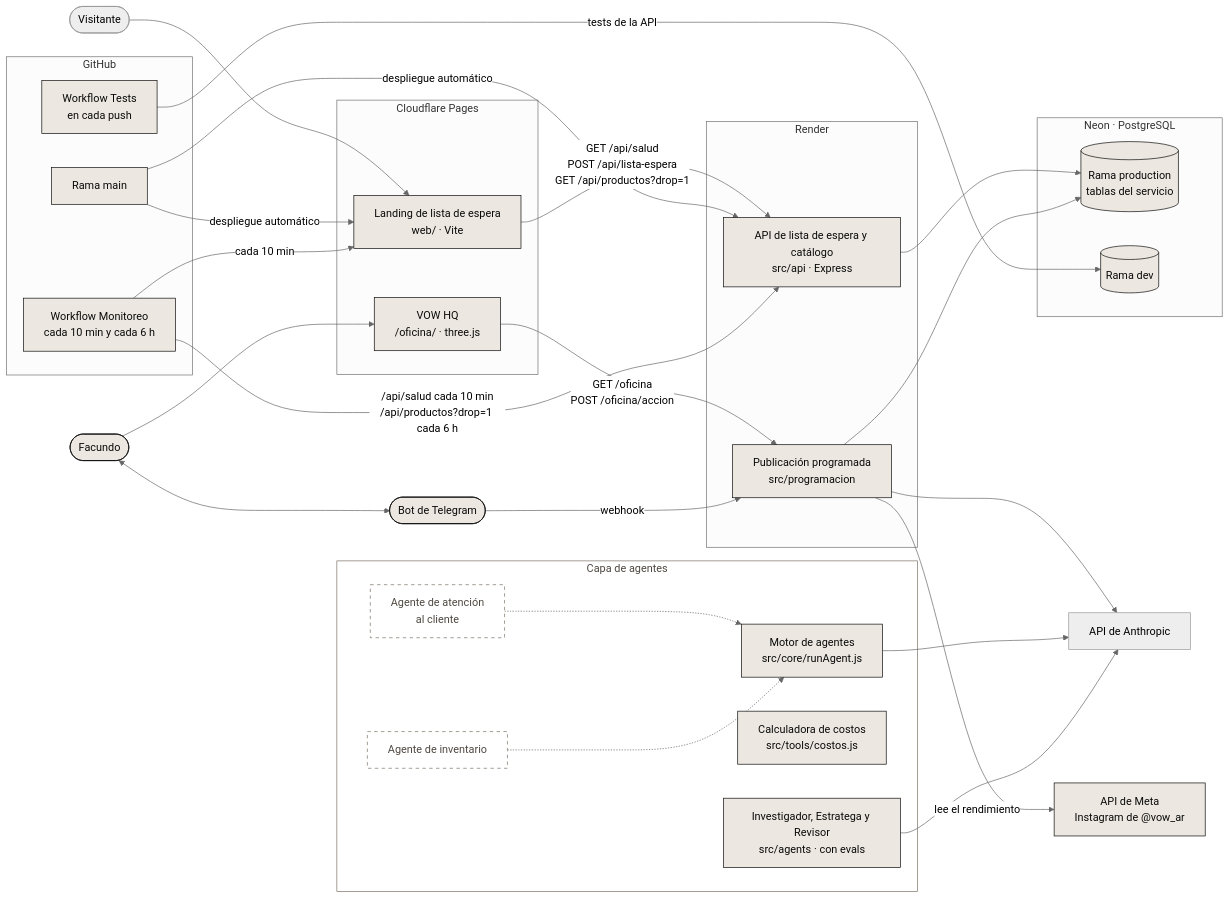
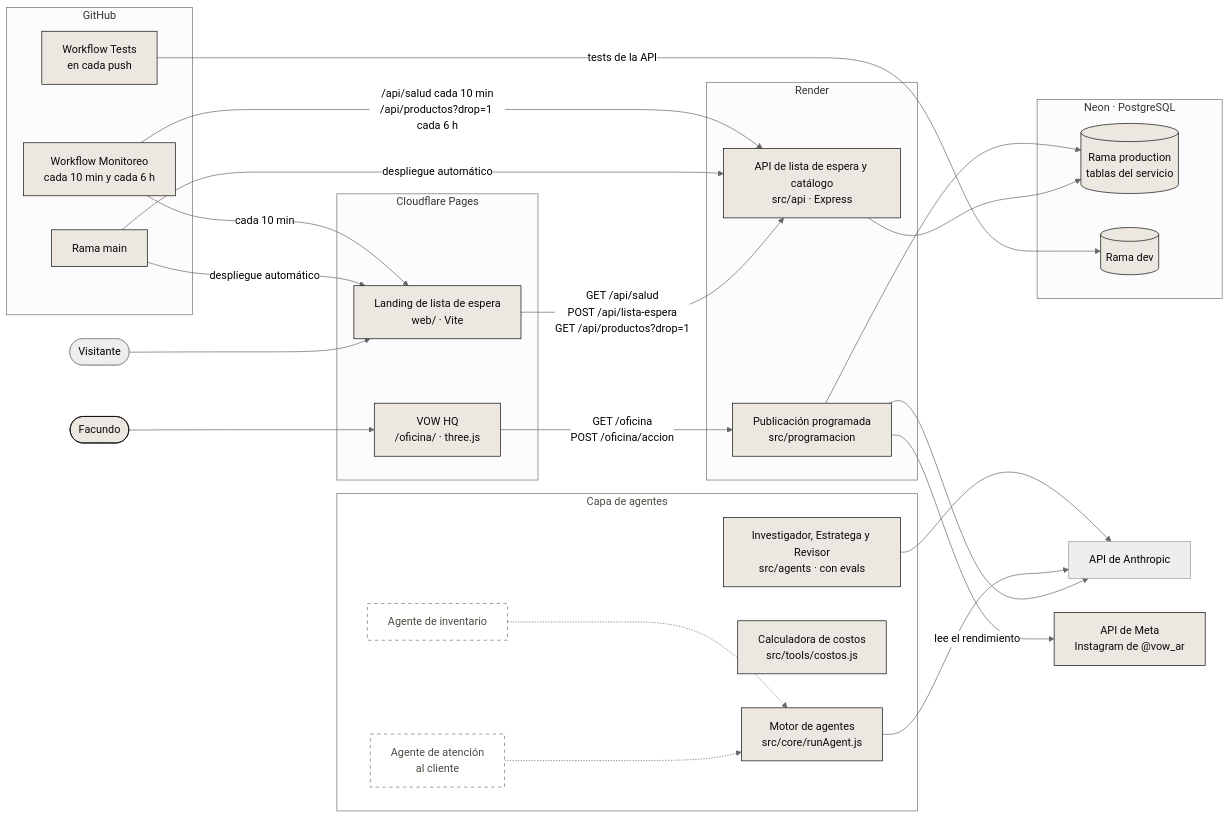
One commit to FacundoGuiraldes/vow changed the first of 2 diagrams in README.md. Above: the diagram before and after it, drawn with Mermaid (neutral theme). The commit also changed other lines of this file and 34 other files, not shown here.

First line of the commit message:
Se saca el bot de Telegram: queda solo VOW HQ

````diff
--- a/README.md
+++ b/README.md
@@ -107,64 +107,61 @@
 ```mermaid
 flowchart LR
     visitante(["Visitante"])
 
     subgraph sg_github["GitHub"]
         repo["Rama main"]
         ci["Workflow Tests<br/>en cada push"]
         monitoreo["Workflow Monitoreo<br/>cada 10 min y cada 6 h"]
     end
 
     subgraph sg_cloudflare["Cloudflare Pages"]
         landing["Landing de lista de espera<br/>web/ · Vite"]
         hq["VOW HQ<br/>/oficina/ · three.js"]
     end
 
     subgraph sg_render["Render"]
         api["API de lista de espera y catálogo<br/>src/api · Express"]
         prog["Publicación programada<br/>src/programacion"]
     end
 
     subgraph sg_neon["Neon · PostgreSQL"]
         db[("Rama production<br/>tablas del servicio")]
         dbdev[("Rama dev")]
     end
 
     subgraph agentes["Capa de agentes"]
         motor["Motor de agentes<br/>src/core/runAgent.js"]
         costos["Calculadora de costos<br/>src/tools/costos.js"]
         contenido["Investigador, Estratega y Revisor<br/>src/agents · con evals"]
         soporte["Agente de atención<br/>al cliente"]
         inventario["Agente de inventario"]
     end
 
     anthropic["API de Anthropic"]
-    telegram(["Bot de Telegram"])
     meta["API de Meta<br/>Instagram de @vow_ar"]
     persona(["Facundo"])
 
     visitante --> landing
     landing -->|"GET /api/salud<br/>POST /api/lista-espera<br/>GET /api/productos?drop=1"| api
     api --> db
     persona --> hq
     hq -->|"GET /oficina<br/>POST /oficina/accion"| prog
-    persona <--> telegram
-    telegram -->|"webhook"| prog
     prog --> db
     prog -->|"lee el rendimiento"| meta
     prog --> anthropic
     repo -->|"despliegue automático"| landing
     repo -->|"despliegue automático"| api
     ci -->|"tests de la API"| dbdev
     monitoreo -->|"cada 10 min"| landing
     monitoreo -->|"/api/salud cada 10 min<br/>/api/productos?drop=1 cada 6 h"| api
     motor --> anthropic
     contenido --> anthropic
     soporte -.-> motor
     inventario -.-> motor
 
     classDef existe fill:#ECE8E1,stroke:#0A0A0A,color:#0A0A0A
     classDef planificado fill:#ffffff,stroke:#7A7064,stroke-dasharray:5 5,color:#4F4840
-    class repo,ci,monitoreo,landing,hq,api,prog,db,dbdev,motor,costos,contenido,telegram,meta,persona existe
+    class repo,ci,monitoreo,landing,hq,api,prog,db,dbdev,motor,costos,contenido,meta,persona existe
     class soporte,inventario planificado
     style agentes fill:#ffffff,stroke:#7A7064,color:#4F4840
 ```
````
